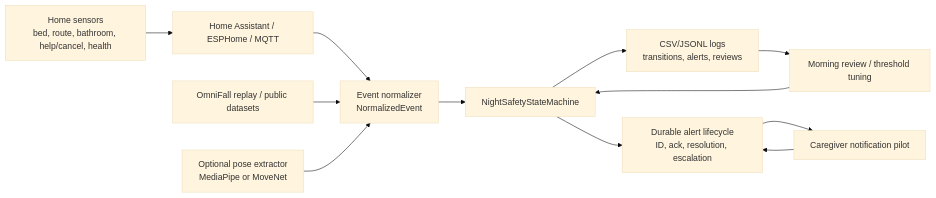
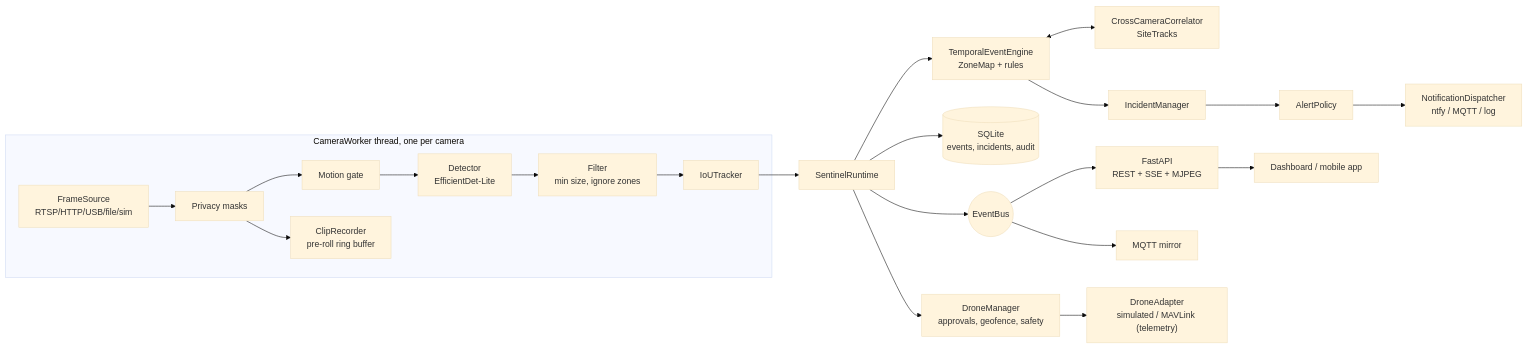
The diagram in docs/architecture.md (Pinderr1/Camera), drawn with Mermaid (base theme) before and after one commit. The commit also changed other lines of this file and 61 other files, not shown here.

First line of the commit message:
Pivot to Sentinel: multi-camera security brain baseline

````diff
--- a/docs/architecture.md
+++ b/docs/architecture.md
@@ -3,21 +5,16 @@
 ```mermaid
 flowchart LR
-  sensors["Home sensors\nbed, route, bathroom, help/cancel, health"]
-  ha["Home Assistant / ESPHome / MQTT"]
-  normalizer["Event normalizer\nNormalizedEvent"]
-  state["NightSafetyStateMachine"]
-  logs["CSV/JSONL logs\ntransitions, alerts, reviews"]
-  notify["Caregiver notification pilot"]
-  lifecycle["Durable alert lifecycle\nID, ack, resolution, escalation"]
-  review["Morning review / threshold tuning"]
-  omni["OmniFall replay / public datasets"]
-  pose["Optional pose extractor\nMediaPipe or MoveNet"]
-
-  sensors --> ha --> normalizer --> state
-  omni --> normalizer
-  pose --> normalizer
-  state --> logs
-  state --> lifecycle --> notify
-  notify --> lifecycle
-  logs --> review --> state
+  subgraph per camera [CameraWorker thread, one per camera]
+    src["FrameSource\nRTSP/HTTP/USB/file/sim"] --> mask["Privacy masks"] --> gate["Motion gate"] --> det["Detector\nEfficientDet-Lite"] --> filt["Filter\nmin size, ignore zones"] --> trk["IoUTracker"]
+    mask --> rec["ClipRecorder\npre-roll ring buffer"]
+  end
+  trk --> rt["SentinelRuntime"]
+  rt --> eng["TemporalEventEngine\nZoneMap + rules"]
+  eng <--> cor["CrossCameraCorrelator\nSiteTracks"]
+  eng --> inc["IncidentManager"] --> pol["AlertPolicy"] --> disp["NotificationDispatcher\nntfy / MQTT / log"]
+  rt --> store[("SQLite\nevents, incidents, audit")]
+  rt --> bus(("EventBus"))
+  bus --> api["FastAPI\nREST + SSE + MJPEG"] --> dash["Dashboard / mobile app"]
+  bus --> mqtt["MQTT mirror"]
+  rt --> drone["DroneManager\napprovals, geofence, safety"] --> adapter["DroneAdapter\nsimulated / MAVLink (telemetry)"]
 ```
````
